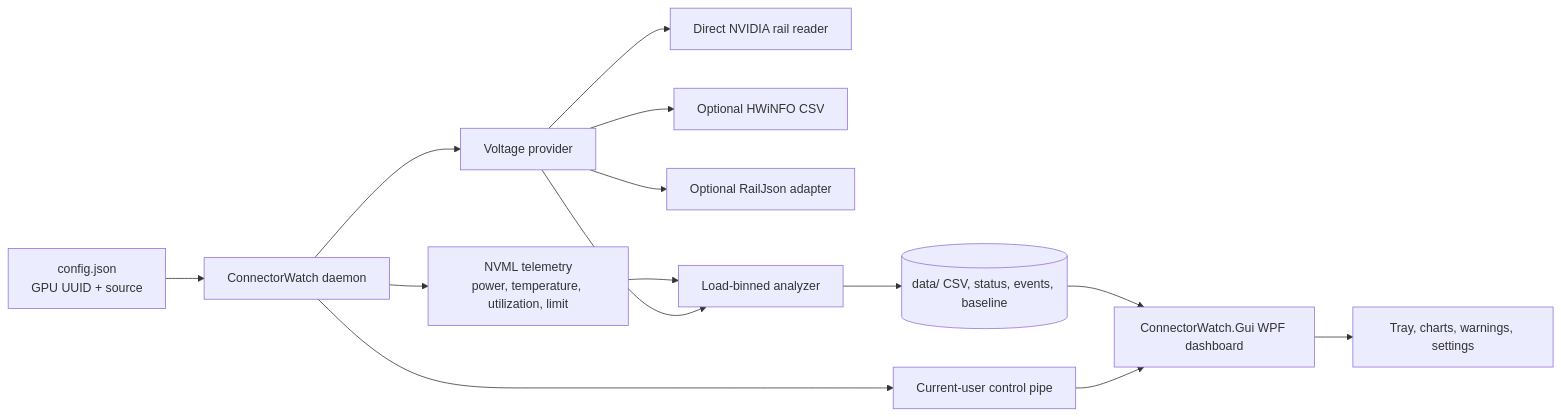
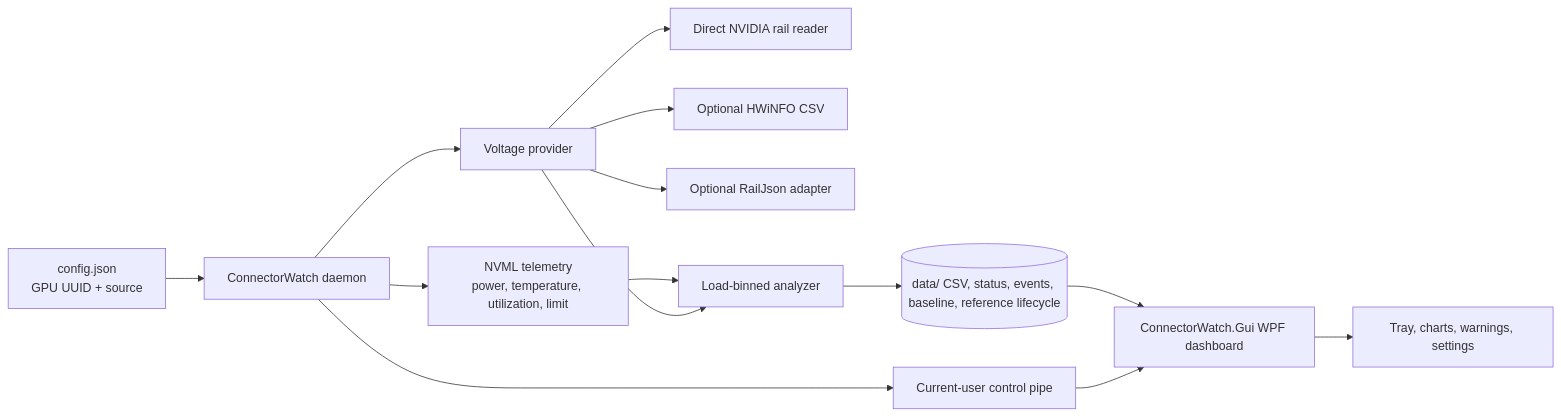
One commit to Shaderx/ConnectorWatch changed the diagram in docs/ARCHITECTURE.md. Above: the diagram before and after it, drawn with Mermaid. The commit also changed other lines of this file and 11 other files, not shown here.

````diff
--- a/docs/ARCHITECTURE.md
+++ b/docs/ARCHITECTURE.md
@@ -5,16 +5,16 @@
 ```mermaid
 flowchart LR
     C[config.json<br/>GPU UUID + source] --> D[ConnectorWatch daemon]
     D --> N[NVML telemetry<br/>power, temperature, utilization, limit]
     D --> V[Voltage provider]
     V --> R[Direct NVIDIA rail reader]
     V --> H[Optional HWiNFO CSV]
     V --> J[Optional RailJson adapter]
     N --> A[Load-binned analyzer]
     V --> A
-    A --> P[(data/ CSV, status, events, baseline)]
+    A --> P[(data/ CSV, status, events, baseline, reference lifecycle)]
     D --> Q[Current-user control pipe]
     P --> G[ConnectorWatch.Gui WPF dashboard]
     Q --> G
     G --> T[Tray, charts, warnings, settings]
 ```
````
